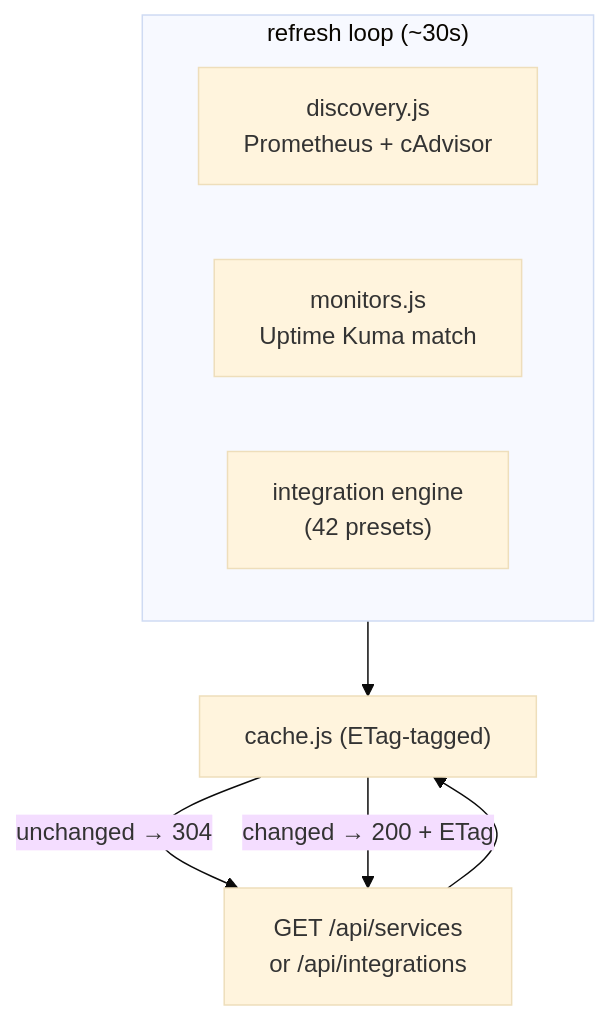
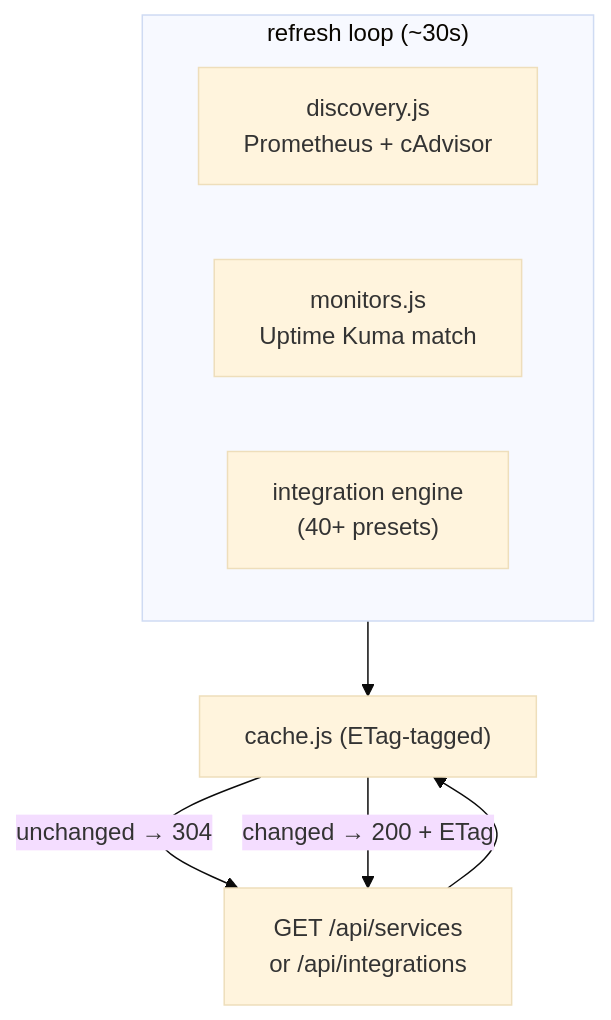
Before and after one commit to jagbhandal/jaghelm: the second of 5 diagrams in docs/ARCHITECTURE.md, drawn with Mermaid (base theme). The commit also changed other lines of this file and 9 other files, not shown here.

````diff
--- a/docs/ARCHITECTURE.md
+++ b/docs/ARCHITECTURE.md
@@ -155,12 +155,12 @@
 ```mermaid
 flowchart TD
   subgraph Loop["refresh loop (~30s)"]
     D["discovery.js<br/>Prometheus + cAdvisor"]
     M["monitors.js<br/>Uptime Kuma match"]
-    IE["integration engine<br/>(42 presets)"]
+    IE["integration engine<br/>(40+ presets)"]
   end
   Loop --> C["cache.js (ETag-tagged)"]
   REQ["GET /api/services<br/>or /api/integrations"] --> C
   C -->|"unchanged → 304"| REQ
   C -->|"changed → 200 + ETag"| REQ
 ```
````
